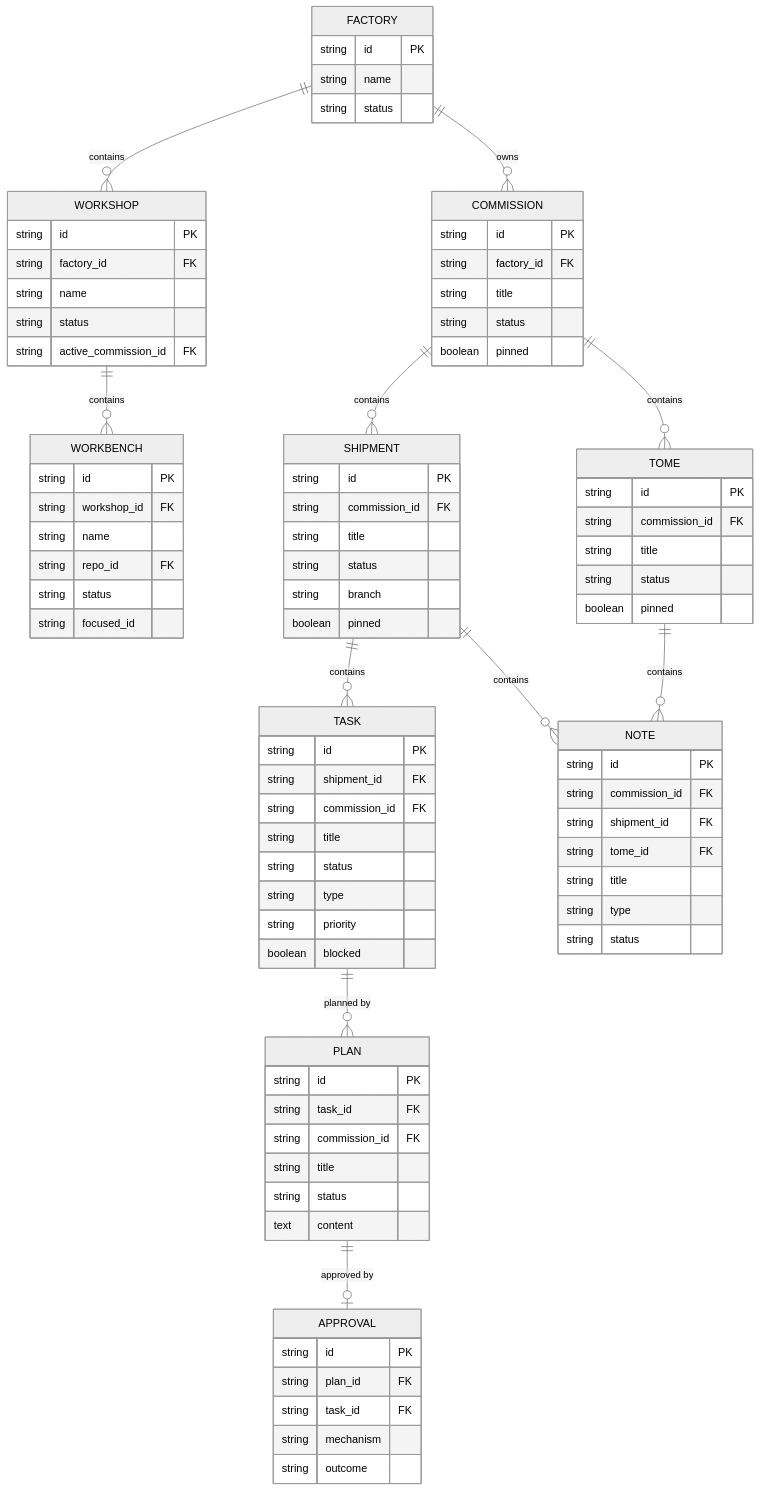
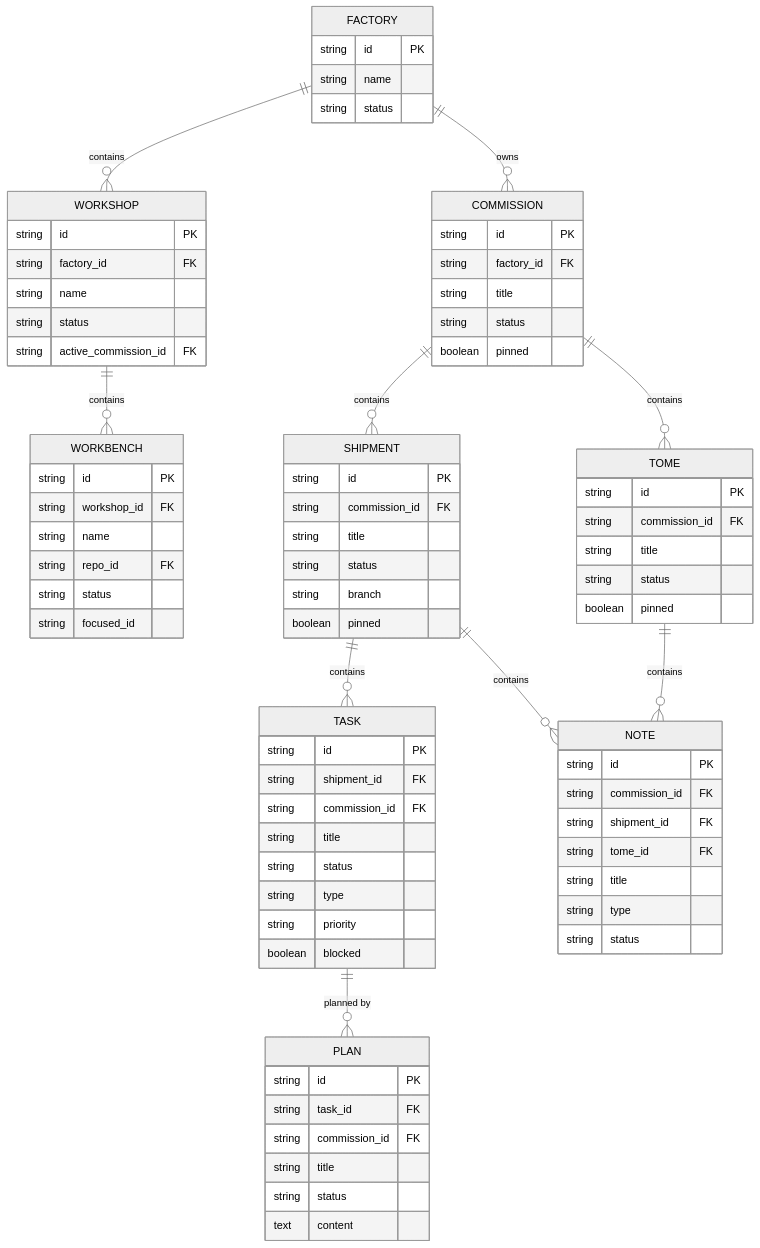
One commit to looneym/orc changed the diagram in docs/schema.md. Above: the diagram before and after it, drawn with Mermaid (neutral theme). The commit also changed other lines of this file and 17 other files, not shown here.

````diff
--- a/docs/schema.md
+++ b/docs/schema.md
@@ -22,7 +22,6 @@
     SHIPMENT ||--o{ NOTE : contains
     TOME ||--o{ NOTE : contains
     TASK ||--o{ PLAN : "planned by"
-    PLAN ||--o| APPROVAL : "approved by"
 
     FACTORY {
         string id PK
@@ -93,11 +92,4 @@
         string status
         text content
     }
-    APPROVAL {
-        string id PK
-        string plan_id FK
-        string task_id FK
-        string mechanism
-        string outcome
-    }
 ```
````
